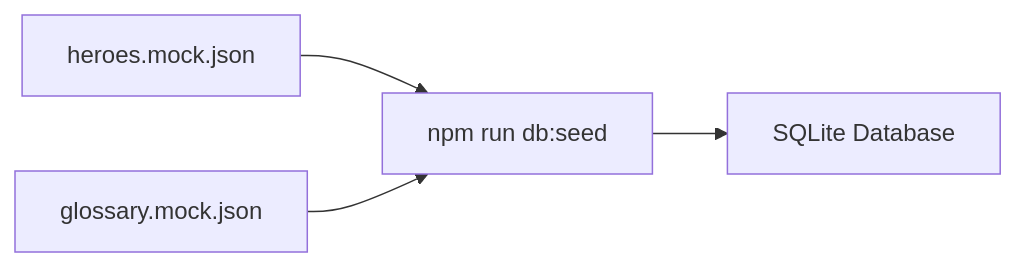
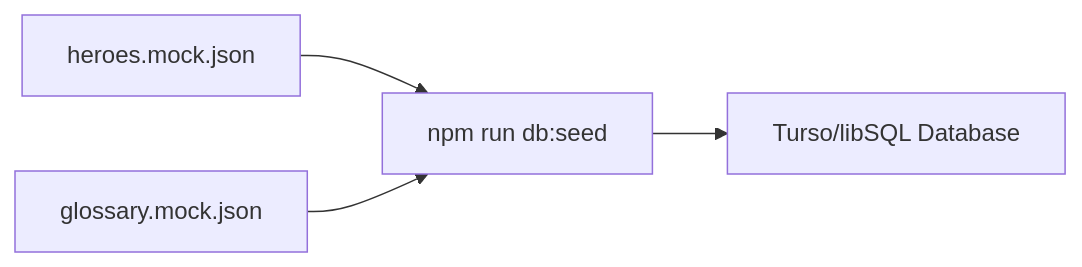
The second of 7 diagrams in src/docs/content-data-flow.md (anthonyturner/marvel-rivals-coach), drawn with Mermaid before and after one commit. The commit also changed other lines of this file and 12 other files, not shown here.

First line of the commit message:
feat: migrate from SQLite to Turso for database management

````diff
--- a/src/docs/content-data-flow.md
+++ b/src/docs/content-data-flow.md
@@ -49,6 +49,6 @@
 ```mermaid
 flowchart LR
   HeroesJson["heroes.mock.json"] --> SeedScript["npm run db:seed"]
   GlossaryJson["glossary.mock.json"] --> SeedScript
-  SeedScript --> Database["SQLite Database"]
+  SeedScript --> Database["Turso/libSQL Database"]
 ```
````
